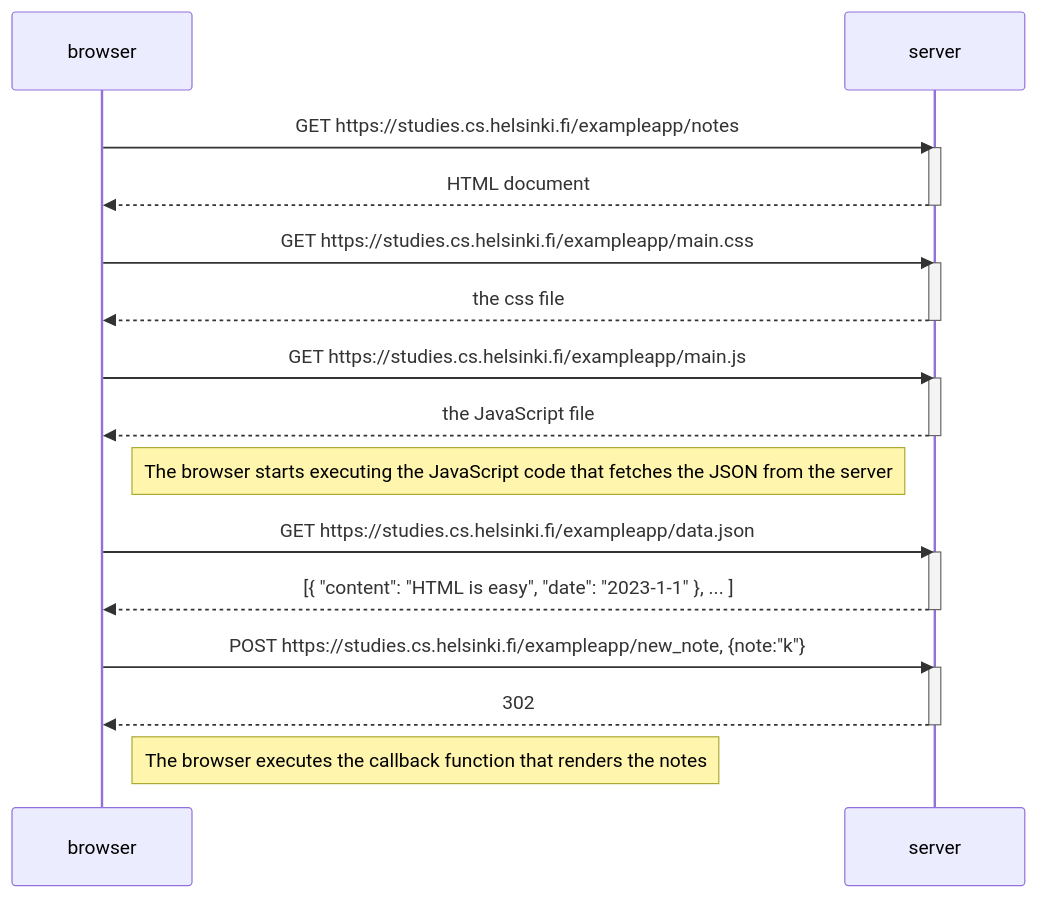
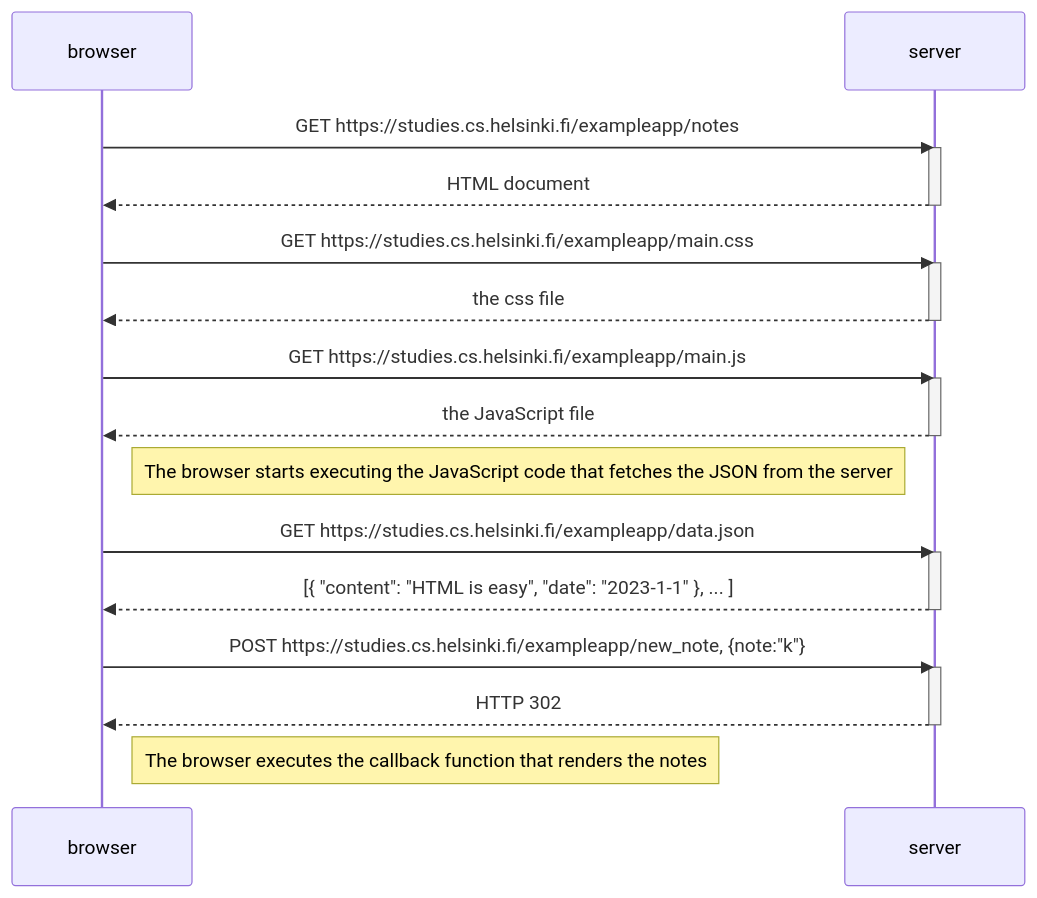
The diagram in part0/0.4.md (zcribe/helsinki), drawn with Mermaid before and after one commit.

Commit message:
Explicit http verb

````diff
--- a/part0/0.4.md
+++ b/part0/0.4.md
@@ -1,34 +1,34 @@
 ```mermaid
 sequenceDiagram
     participant browser
     participant server
 
     browser->>server: GET https://studies.cs.helsinki.fi/exampleapp/notes
     activate server
     server-->>browser: HTML document
     deactivate server
 
     browser->>server: GET https://studies.cs.helsinki.fi/exampleapp/main.css
     activate server
     server-->>browser: the css file
     deactivate server
 
     browser->>server: GET https://studies.cs.helsinki.fi/exampleapp/main.js
     activate server
     server-->>browser: the JavaScript file
     deactivate server
 
     Note right of browser: The browser starts executing the JavaScript code that fetches the JSON from the server
 
     browser->>server: GET https://studies.cs.helsinki.fi/exampleapp/data.json
     activate server
     server-->>browser: [{ "content": "HTML is easy", "date": "2023-1-1" }, ... ]
     deactivate server
 
     browser->>server: POST https://studies.cs.helsinki.fi/exampleapp/new_note, {note:"k"}
     activate server
-    server-->>browser: 302
+    server-->>browser: HTTP 302
     deactivate server
 
     Note right of browser: The browser executes the callback function that renders the notes
 ```
````
